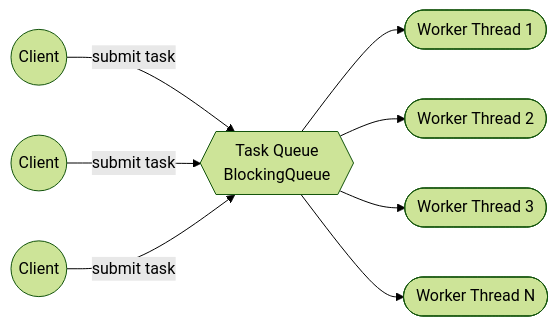
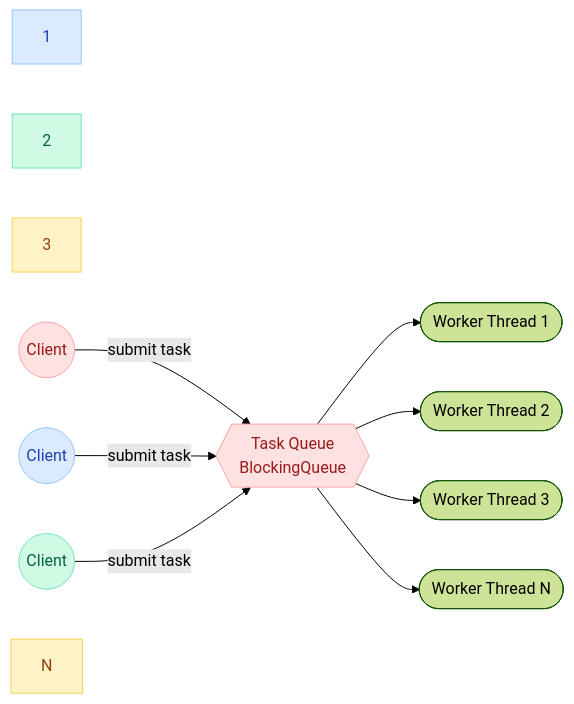
One commit to saivamsikaruturi/vamsilabs-dev-notes-main changed the seventh of 9 diagrams in docs/java/MultiThreading.md. Above: the diagram before and after it, drawn with Mermaid (forest theme). The commit also changed other lines of this file and 220 other files, not shown here.

First line of the commit message:
Add 50+ new Java/Spring Boot pages, rewrite CSS code blocks to Oracle style, fix all diagram colors

````diff
--- a/docs/java/MultiThreading.md
+++ b/docs/java/MultiThreading.md
@@ -696,10 +723,19 @@
 ```mermaid
 flowchart LR
     TASKS{{"Task Queue<br/>BlockingQueue"}} --> T1(["Worker Thread 1"])
     TASKS --> T2(["Worker Thread 2"])
     TASKS --> T3(["Worker Thread 3"])
     TASKS --> TN(["Worker Thread N"])
     CLIENT1(("Client")) -->|submit task| TASKS
     CLIENT2(("Client")) -->|submit task| TASKS
     CLIENT3(("Client")) -->|submit task| TASKS
+
+    style 1 fill:#DBEAFE,stroke:#93C5FD,color:#1E40AF
+    style 2 fill:#D1FAE5,stroke:#6EE7B7,color:#065F46
+    style 3 fill:#FEF3C7,stroke:#FCD34D,color:#92400E
+    style CLIENT1 fill:#FEE2E2,stroke:#FCA5A5,color:#991B1B
+    style CLIENT2 fill:#DBEAFE,stroke:#93C5FD,color:#1E40AF
+    style CLIENT3 fill:#D1FAE5,stroke:#6EE7B7,color:#065F46
+    style N fill:#FEF3C7,stroke:#FCD34D,color:#92400E
+    style TASKS fill:#FEE2E2,stroke:#FCA5A5,color:#991B1B
 ```
````
